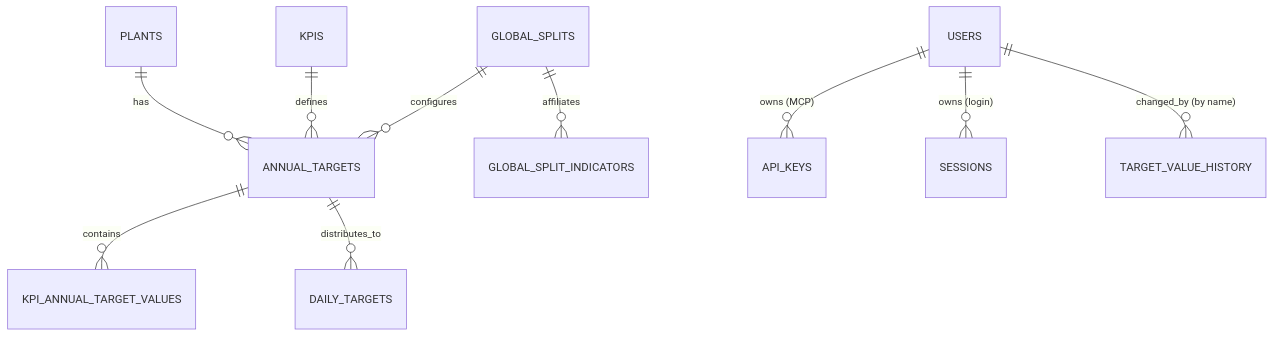
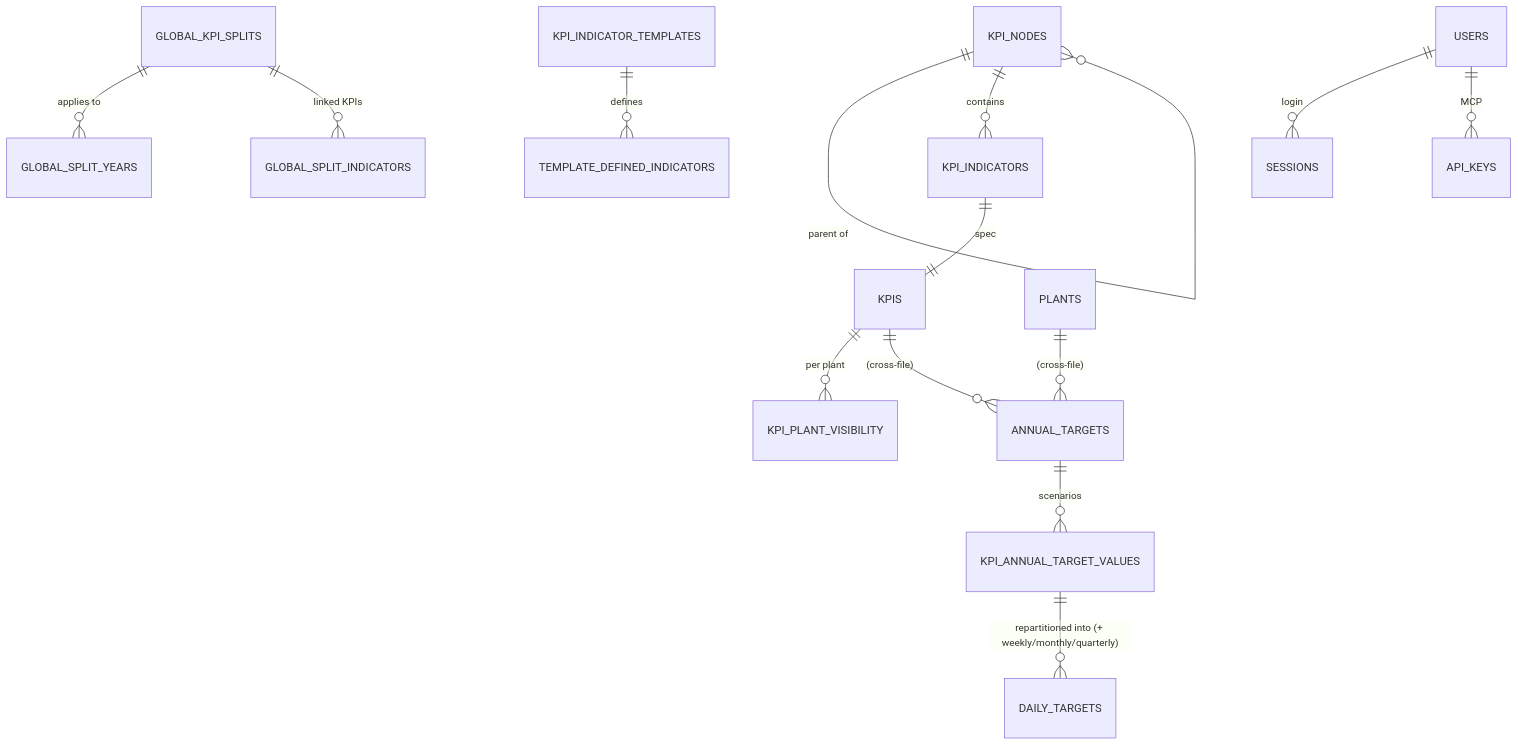
One commit to MGriot/dataentryKPI changed the diagram in docs/database_schema.md. Above: the diagram before and after it, drawn with Mermaid. The commit also changed other lines of this file and 13 other files, not shown here.

First line of the commit message:
docs: rewrite README and guides for 2.1, add user guide, MCP guide and diagram

````diff
--- a/docs/database_schema.md
+++ b/docs/database_schema.md
@@ -90,14 +117,16 @@
 ```mermaid
 erDiagram
-    PLANTS ||--o{ ANNUAL_TARGETS : "has"
-    KPIS ||--o{ ANNUAL_TARGETS : "defines"
-    GLOBAL_SPLITS ||--o{ ANNUAL_TARGETS : "configures"
-    GLOBAL_SPLITS ||--o{ GLOBAL_SPLIT_INDICATORS : "affiliates"
-
-    ANNUAL_TARGETS ||--o{ KPI_ANNUAL_TARGET_VALUES : "contains"
-    ANNUAL_TARGETS ||--o{ DAILY_TARGETS : "distributes_to"
-
-    USERS ||--o{ API_KEYS : "owns (MCP)"
-    USERS ||--o{ SESSIONS : "owns (login)"
-    USERS ||--o{ TARGET_VALUE_HISTORY : "changed_by (by name)"
+    KPI_NODES ||--o{ KPI_NODES : "parent of"
+    KPI_NODES ||--o{ KPI_INDICATORS : contains
+    KPI_INDICATORS ||--|| KPIS : "spec"
+    KPIS ||--o{ KPI_PLANT_VISIBILITY : "per plant"
+    PLANTS ||--o{ ANNUAL_TARGETS : "(cross-file)"
+    KPIS ||--o{ ANNUAL_TARGETS : "(cross-file)"
+    ANNUAL_TARGETS ||--o{ KPI_ANNUAL_TARGET_VALUES : "scenarios"
+    KPI_ANNUAL_TARGET_VALUES ||--o{ DAILY_TARGETS : "repartitioned into (+ weekly/monthly/quarterly)"
+    GLOBAL_KPI_SPLITS ||--o{ GLOBAL_SPLIT_YEARS : "applies to"
+    GLOBAL_KPI_SPLITS ||--o{ GLOBAL_SPLIT_INDICATORS : "linked KPIs"
+    KPI_INDICATOR_TEMPLATES ||--o{ TEMPLATE_DEFINED_INDICATORS : defines
+    USERS ||--o{ SESSIONS : "login"
+    USERS ||--o{ API_KEYS : "MCP"
 ```
````
